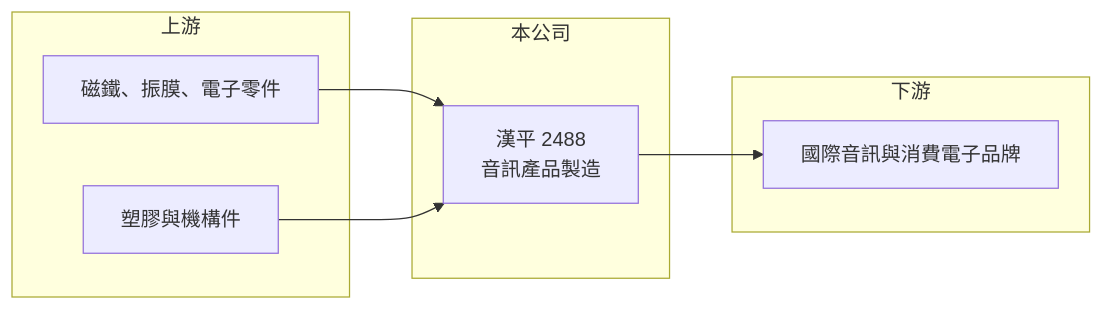
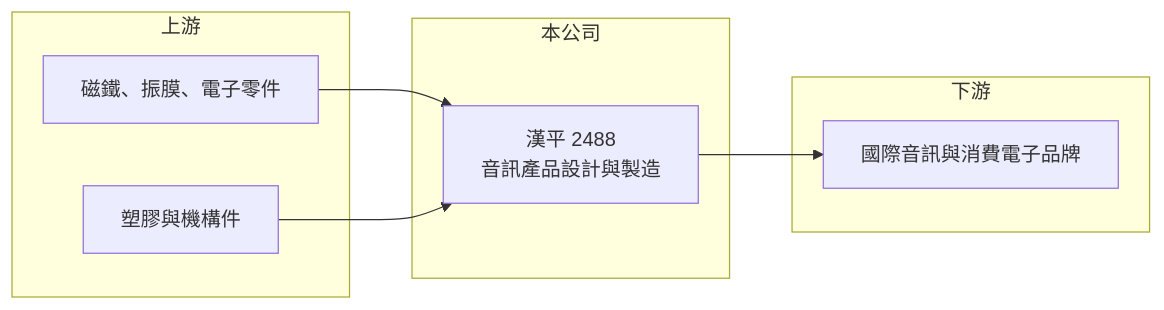
One commit to wangnick1004/taiwan-stock-vault changed the diagram in 個股/台股/2488漢平.md. Above: the diagram before and after it, drawn with Mermaid. The commit also changed other lines of this file and 12 other files, not shown here.

````diff
--- a/個股/台股/2488漢平.md
+++ b/個股/台股/2488漢平.md
@@ -86,16 +103,16 @@
 ```mermaid
 flowchart LR
     subgraph 上游
         A1["磁鐵、振膜、電子零件"]
         A2["塑膠與機構件"]
     end
     subgraph 本公司
-        B["漢平 2488<br/>音訊產品製造"]
+        B["漢平 2488<br/>音訊產品設計與製造"]
     end
     subgraph 下游
         C1["國際音訊與消費電子品牌"]
     end
     A1 --> B
     A2 --> B
     B --> C1
 ```
````
